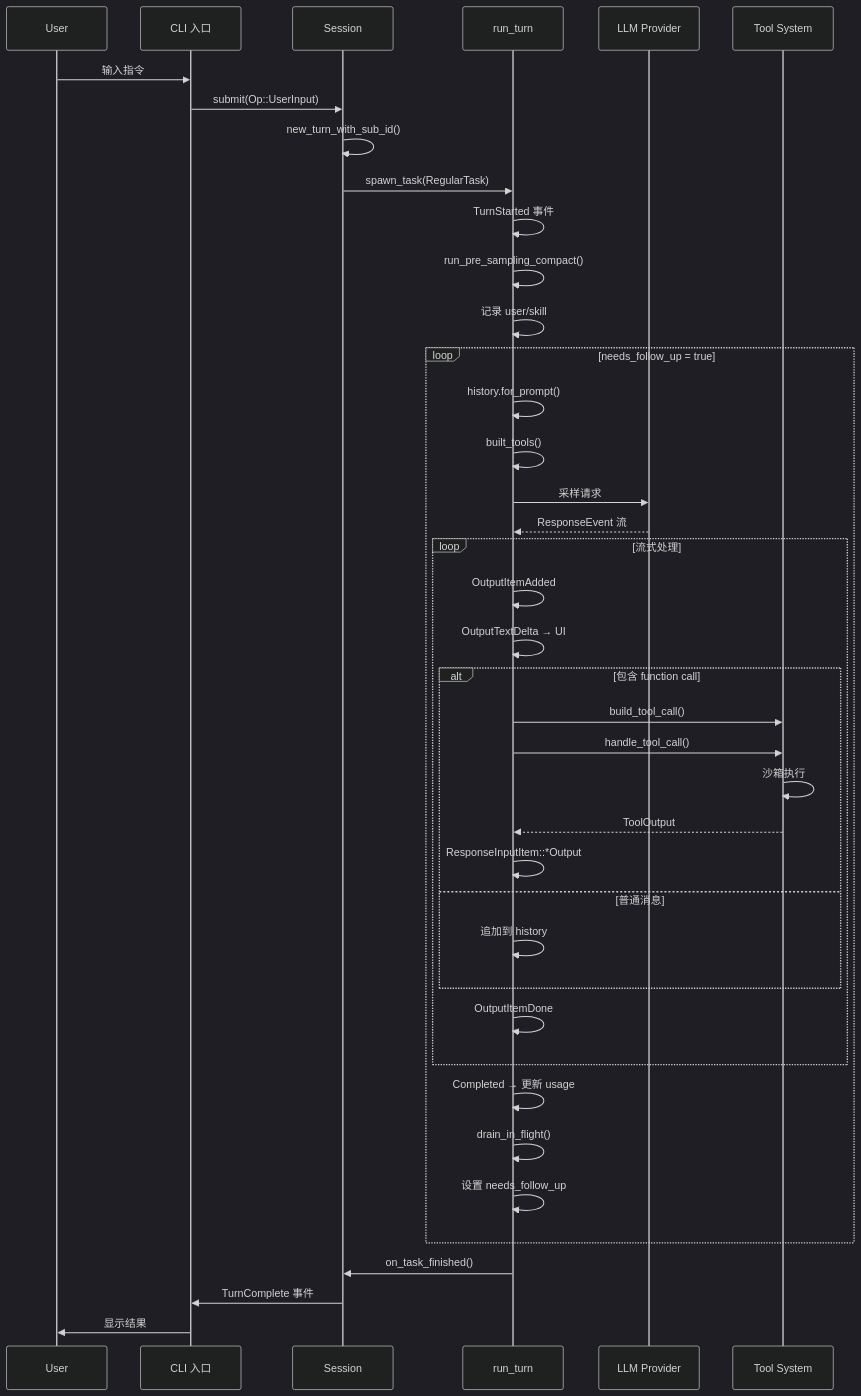
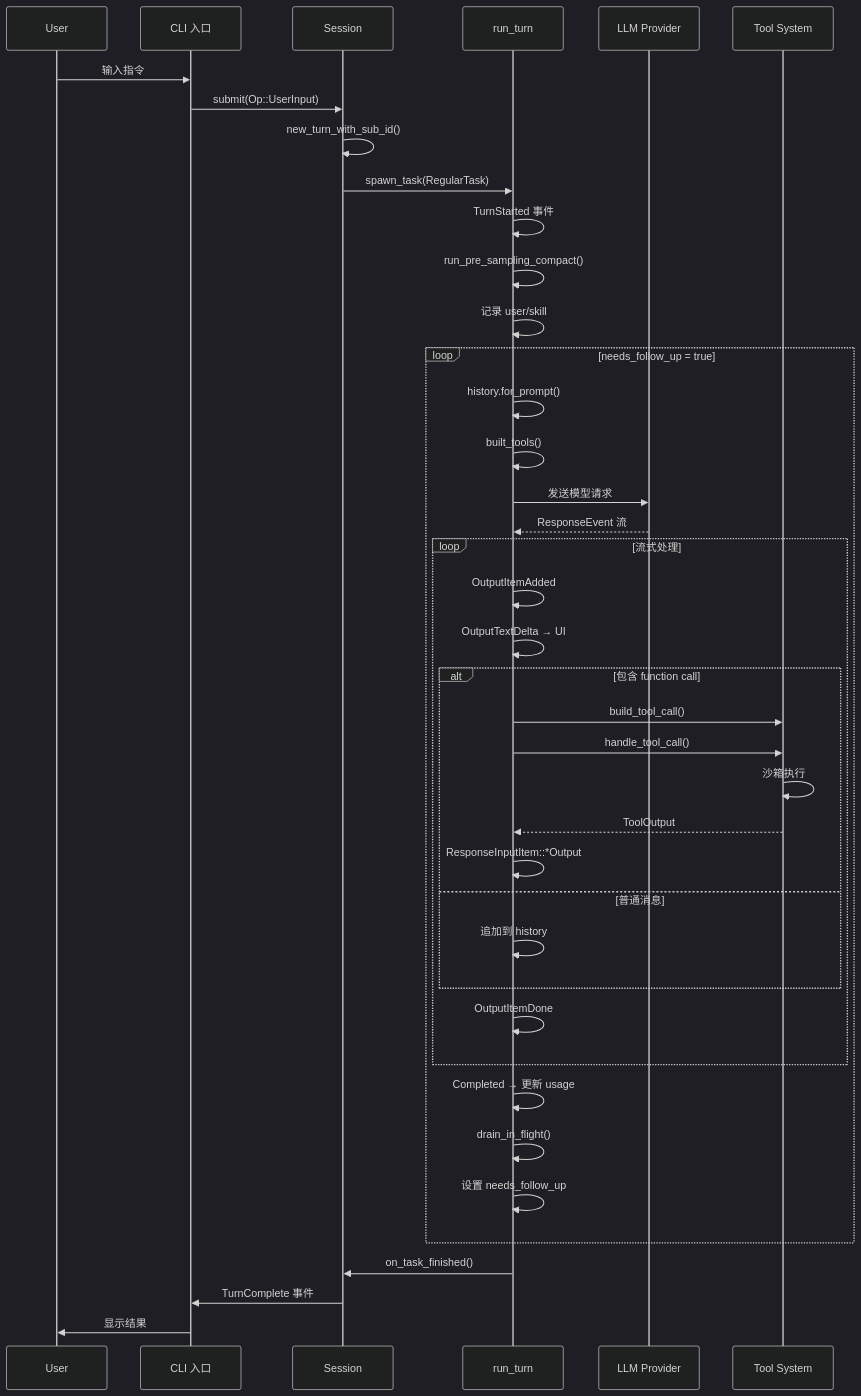
The ninth of 12 diagrams in docs/codex/04-codex-agent-loop.md (giraffe-tree/agent-base), drawn with Mermaid (dark theme) before and after one commit. The commit also changed other lines of this file and 2 other files, not shown here.

````diff
--- a/docs/codex/04-codex-agent-loop.md
+++ b/docs/codex/04-codex-agent-loop.md
@@ -468,50 +468,50 @@
 ```mermaid
 sequenceDiagram
     participant U as User
     participant CLI as CLI 入口
     participant Session as Session
     participant Turn as run_turn
     participant LLM as LLM Provider
     participant Tool as Tool System
 
     U->>CLI: 输入指令
     CLI->>Session: submit(Op::UserInput)
     Session->>Session: new_turn_with_sub_id()
     Session->>Turn: spawn_task(RegularTask)
 
     Turn->>Turn: TurnStarted 事件
     Turn->>Turn: run_pre_sampling_compact()
     Turn->>Turn: 记录 user/skill
 
     loop needs_follow_up = true
         Turn->>Turn: history.for_prompt()
         Turn->>Turn: built_tools()
-        Turn->>LLM: 采样请求
+        Turn->>LLM: 发送模型请求
         LLM-->>Turn: ResponseEvent 流
 
         loop 流式处理
             Turn->>Turn: OutputItemAdded
             Turn->>Turn: OutputTextDelta → UI
 
             alt 包含 function call
                 Turn->>Tool: build_tool_call()
                 Turn->>Tool: handle_tool_call()
                 Tool->>Tool: 沙箱执行
                 Tool-->>Turn: ToolOutput
                 Turn->>Turn: ResponseInputItem::*Output
             else 普通消息
                 Turn->>Turn: 追加到 history
             end
 
             Turn->>Turn: OutputItemDone
         end
 
         Turn->>Turn: Completed → 更新 usage
         Turn->>Turn: drain_in_flight()
         Turn->>Turn: 设置 needs_follow_up
     end
 
     Turn->>Session: on_task_finished()
     Session->>CLI: TurnComplete 事件
     CLI->>U: 显示结果
 ```
````
